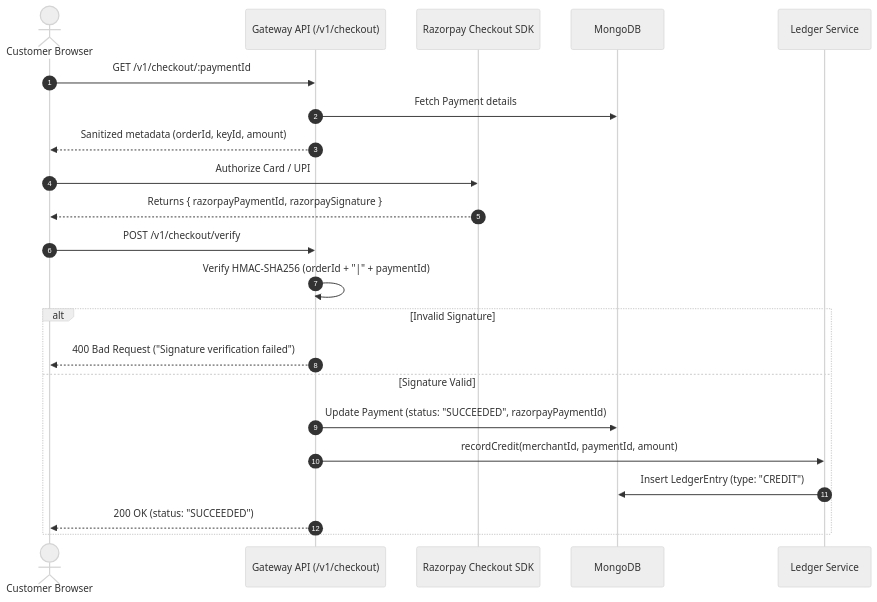
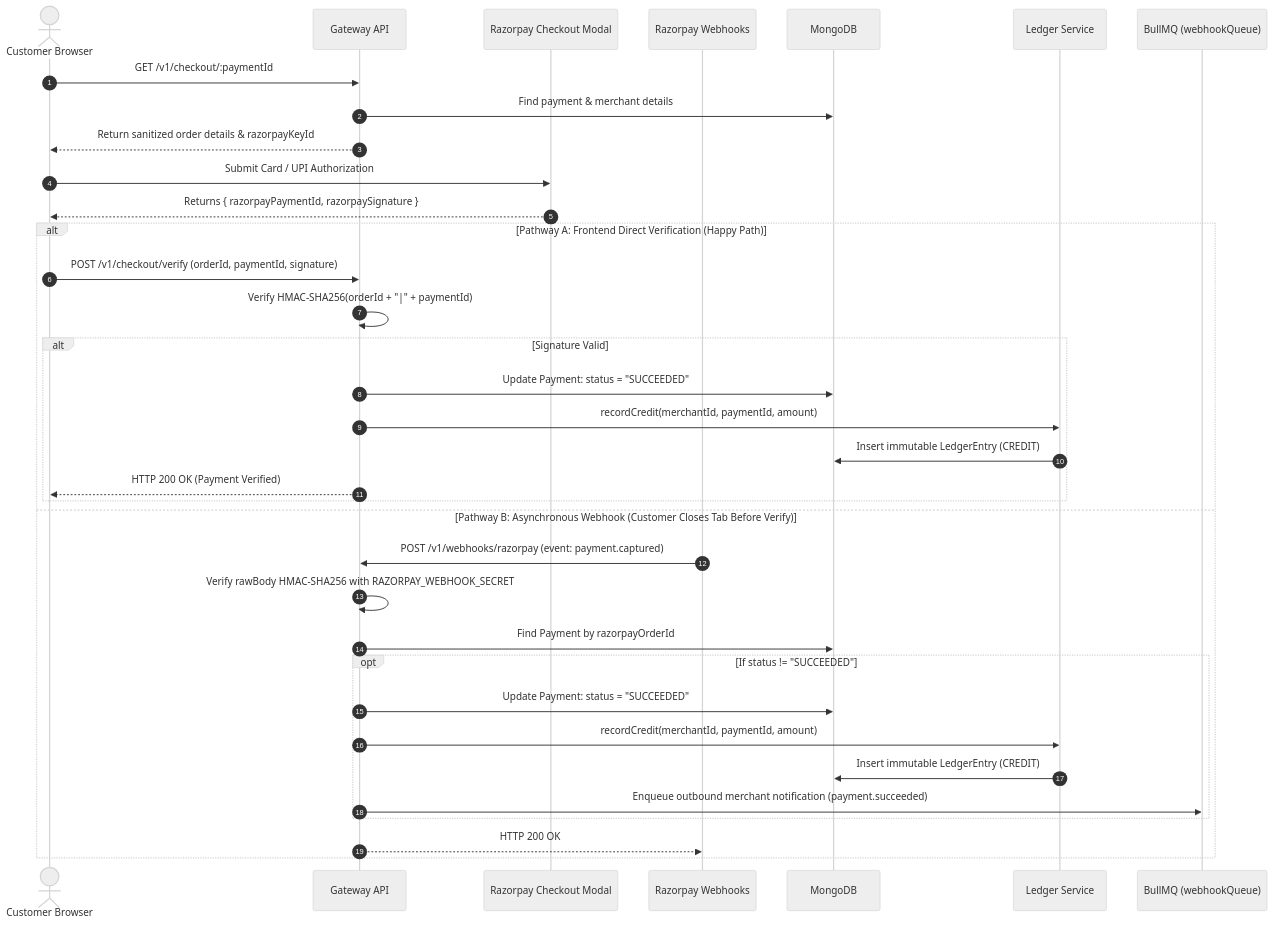
The second of 4 diagrams in ARCHITECTURE.md (buildwithrishabh/Event-Driven-Payment-Gateway), drawn with Mermaid (neutral theme) before and after one commit. The commit also changed other lines of this file, not shown here.

Commit message:
docs: overhaul ARCHITECTURE.md into comprehensive project mastery guide

````diff
--- a/ARCHITECTURE.md
+++ b/ARCHITECTURE.md
@@ -554,27 +228,40 @@
 ```mermaid
 sequenceDiagram
     autonumber
     actor Customer as Customer Browser
-    participant CheckoutAPI as Gateway API (/v1/checkout)
-    participant RazorpayModal as Razorpay Checkout SDK
+    participant API as Gateway API
+    participant RazorpaySDK as Razorpay Checkout Modal
+    participant RazorpayHook as Razorpay Webhooks
     participant Mongo as MongoDB
     participant Ledger as Ledger Service
+    participant Queue as BullMQ (webhookQueue)
 
-    Customer->>CheckoutAPI: GET /v1/checkout/:paymentId
-    CheckoutAPI->>Mongo: Fetch Payment details
-    CheckoutAPI-->>Customer: Sanitized metadata (orderId, keyId, amount)
+    Customer->>API: GET /v1/checkout/:paymentId
+    API->>Mongo: Find payment & merchant details
+    API-->>Customer: Return sanitized order details & razorpayKeyId
 
-    Customer->>RazorpayModal: Authorize Card / UPI
-    RazorpayModal-->>Customer: Returns { razorpayPaymentId, razorpaySignature }
+    Customer->>RazorpaySDK: Submit Card / UPI Authorization
+    RazorpaySDK-->>Customer: Returns { razorpayPaymentId, razorpaySignature }
 
-    Customer->>CheckoutAPI: POST /v1/checkout/verify
-    CheckoutAPI->>CheckoutAPI: Verify HMAC-SHA256 (orderId + "|" + paymentId)
-    alt Invalid Signature
-        CheckoutAPI-->>Customer: 400 Bad Request ("Signature verification failed")
-    else Signature Valid
-        CheckoutAPI->>Mongo: Update Payment (status: "SUCCEEDED", razorpayPaymentId)
-        CheckoutAPI->>Ledger: recordCredit(merchantId, paymentId, amount)
-        Ledger->>Mongo: Insert LedgerEntry (type: "CREDIT")
-        CheckoutAPI-->>Customer: 200 OK (status: "SUCCEEDED")
+    alt Pathway A: Frontend Direct Verification (Happy Path)
+        Customer->>API: POST /v1/checkout/verify (orderId, paymentId, signature)
+        API->>API: Verify HMAC-SHA256(orderId + "|" + paymentId)
+        alt Signature Valid
+            API->>Mongo: Update Payment: status = "SUCCEEDED"
+            API->>Ledger: recordCredit(merchantId, paymentId, amount)
+            Ledger->>Mongo: Insert immutable LedgerEntry (CREDIT)
+            API-->>Customer: HTTP 200 OK (Payment Verified)
+        end
+    else Pathway B: Asynchronous Webhook (Customer Closes Tab Before Verify)
+        RazorpayHook->>API: POST /v1/webhooks/razorpay (event: payment.captured)
+        API->>API: Verify rawBody HMAC-SHA256 with RAZORPAY_WEBHOOK_SECRET
+        API->>Mongo: Find Payment by razorpayOrderId
+        opt If status != "SUCCEEDED"
+            API->>Mongo: Update Payment: status = "SUCCEEDED"
+            API->>Ledger: recordCredit(merchantId, paymentId, amount)
+            Ledger->>Mongo: Insert immutable LedgerEntry (CREDIT)
+            API->>Queue: Enqueue outbound merchant notification (payment.succeeded)
+        end
+        API-->>RazorpayHook: HTTP 200 OK
     end
 ```
````
